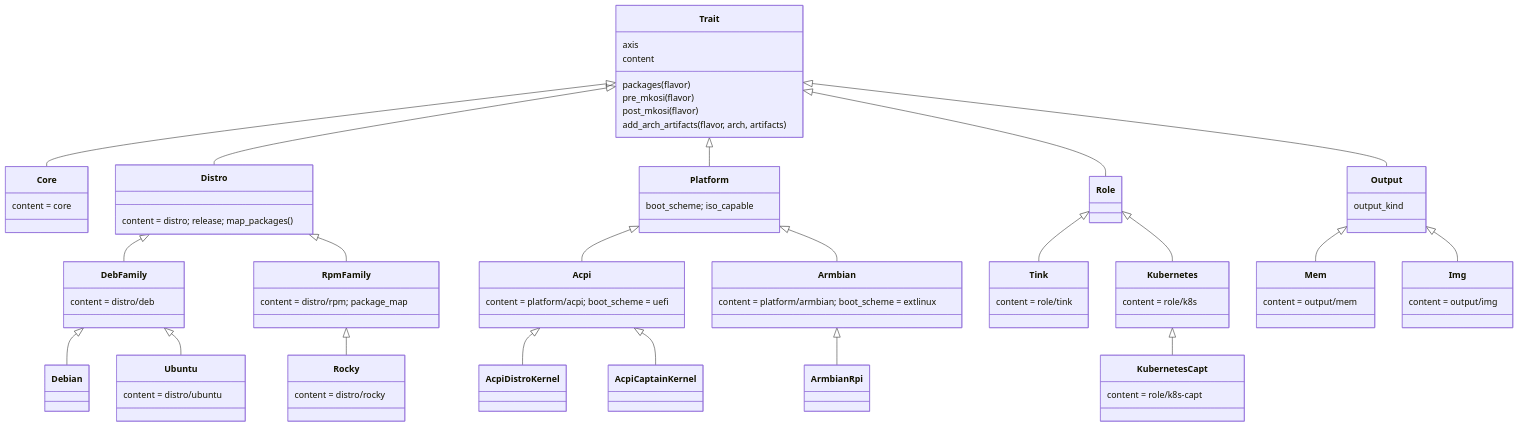
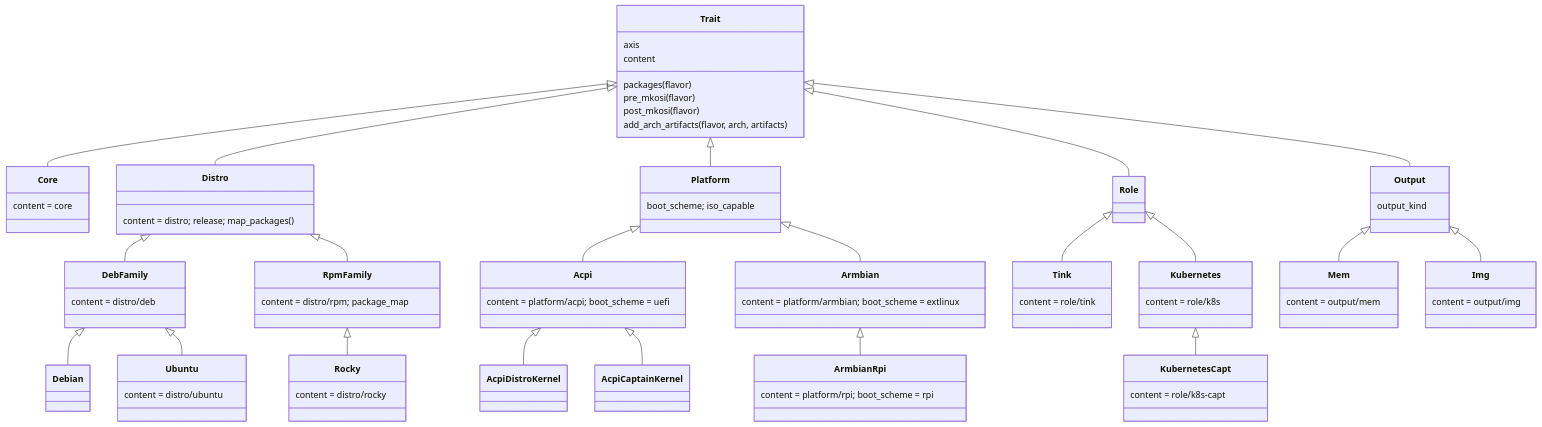
Before and after one commit to rpardini/captain: the third of 9 diagrams in docs/design-decisions/flavor-traits.md, drawn with Mermaid. The commit also changed other lines of this file and 4 other files, not shown here.

````diff
--- a/docs/design-decisions/flavor-traits.md
+++ b/docs/design-decisions/flavor-traits.md
@@ -101,53 +104,53 @@
 ```mermaid
 classDiagram
     direction TB
     class Trait {
         axis
         content
         packages(flavor)
         pre_mkosi(flavor)
         post_mkosi(flavor)
         add_arch_artifacts(flavor, arch, artifacts)
     }
     class Core { content = core }
     class Distro { content = distro; release; map_packages() }
     class DebFamily { content = distro/deb }
     class RpmFamily { content = distro/rpm; package_map }
     class Debian
     class Ubuntu { content = distro/ubuntu }
     class Rocky { content = distro/rocky }
     class Platform { boot_scheme; iso_capable }
     class Acpi { content = platform/acpi; boot_scheme = uefi }
     class AcpiDistroKernel
     class AcpiCaptainKernel
     class Armbian { content = platform/armbian; boot_scheme = extlinux }
-    class ArmbianRpi
+    class ArmbianRpi { content = platform/rpi; boot_scheme = rpi }
     class Role
     class Tink { content = role/tink }
     class Kubernetes { content = role/k8s }
     class KubernetesCapt { content = role/k8s-capt }
     class Output { output_kind }
     class Mem { content = output/mem }
     class Img { content = output/img }
 
     Trait <|-- Core
     Trait <|-- Distro
     Distro <|-- DebFamily
     Distro <|-- RpmFamily
     DebFamily <|-- Debian
     DebFamily <|-- Ubuntu
     RpmFamily <|-- Rocky
     Trait <|-- Platform
     Platform <|-- Acpi
     Acpi <|-- AcpiDistroKernel
     Acpi <|-- AcpiCaptainKernel
     Platform <|-- Armbian
     Armbian <|-- ArmbianRpi
     Trait <|-- Role
     Role <|-- Tink
     Role <|-- Kubernetes
     Kubernetes <|-- KubernetesCapt
     Trait <|-- Output
     Output <|-- Mem
     Output <|-- Img
 ```
````
